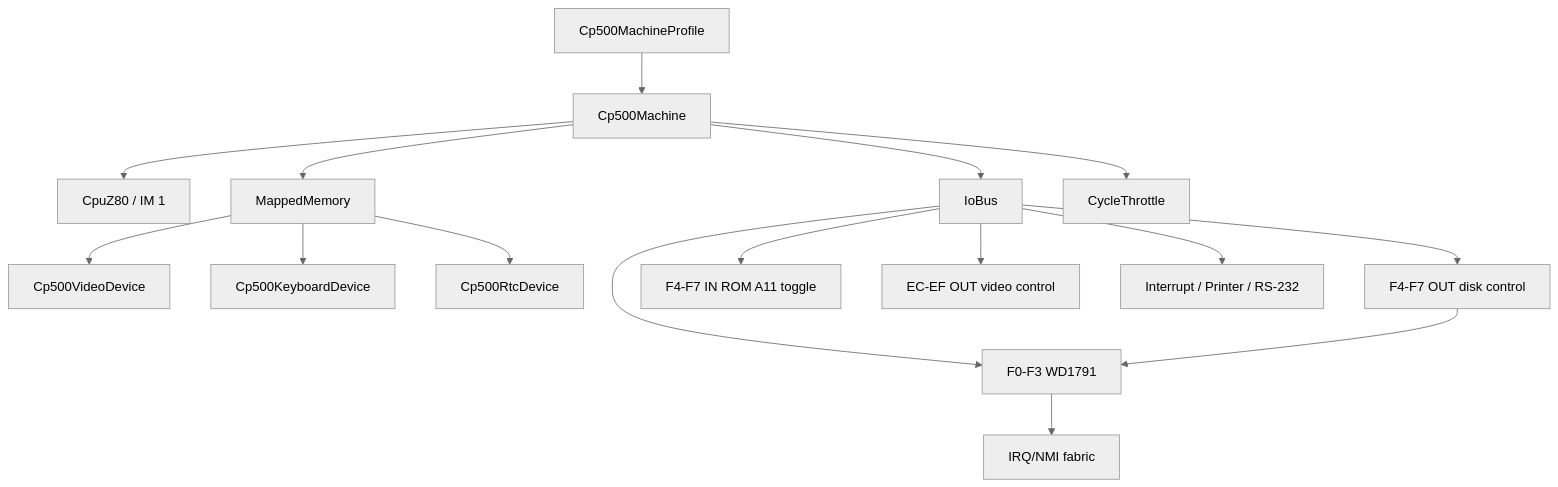
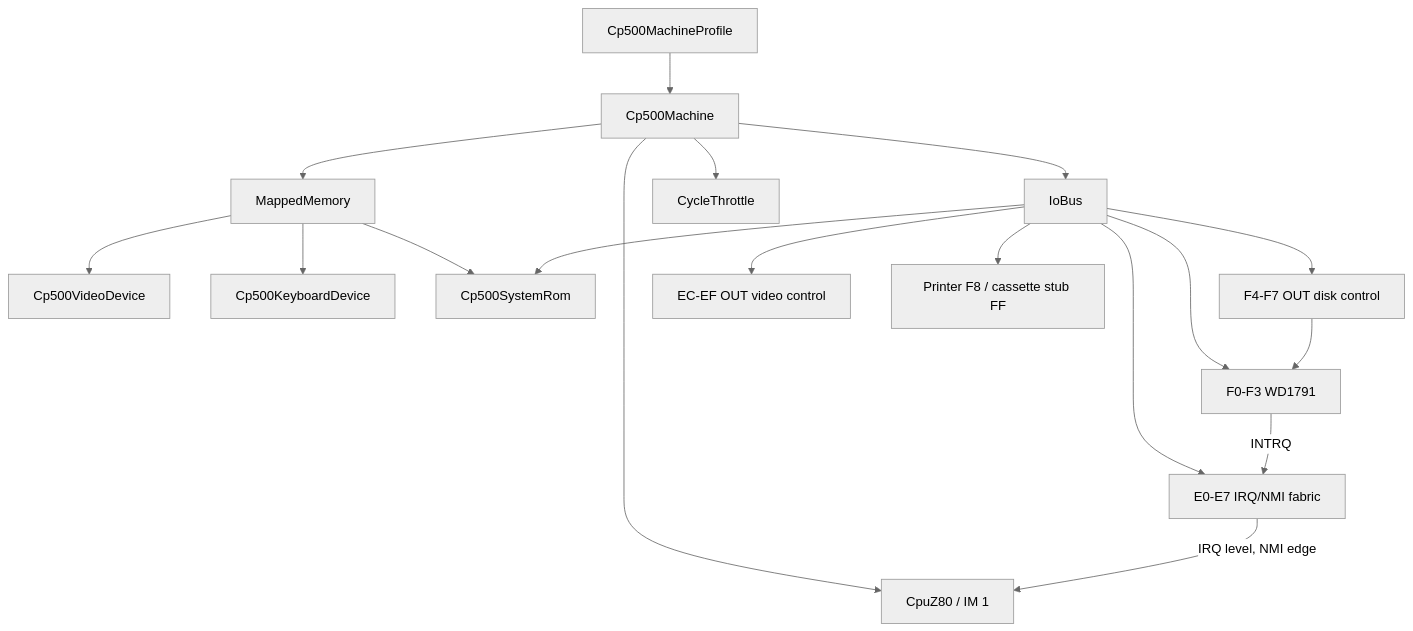
Before and after one commit to fredimachado/heh8080: the diagram in lode/cp500/summary.md, drawn with Mermaid (neutral theme). The commit also changed other lines of this file and 55 other files, not shown here.

````diff
--- a/lode/cp500/summary.md
+++ b/lode/cp500/summary.md
@@ -21,18 +21,20 @@
 ```mermaid
 graph TD
     Profile[Cp500MachineProfile] --> Machine[Cp500Machine]
     Machine --> CPU[CpuZ80 / IM 1]
     Machine --> Memory[MappedMemory]
     Machine --> Bus[IoBus]
     Machine --> Throttle[CycleThrottle]
     Memory --> Video[Cp500VideoDevice]
     Memory --> Keyboard[Cp500KeyboardDevice]
-    Memory --> RTC[Cp500RtcDevice]
+    Memory --> Rom[Cp500SystemRom]
+    Bus --> Interrupts[E0-E7 IRQ/NMI fabric]
     Bus --> FDC[F0-F3 WD1791]
     Bus --> DiskControl[F4-F7 OUT disk control]
-    Bus --> Rom[F4-F7 IN ROM A11 toggle]
+    Bus --> Rom
     Bus --> VideoPort[EC-EF OUT video control]
-    FDC --> Interrupts[IRQ/NMI fabric]
+    FDC -->|INTRQ| Interrupts
     DiskControl --> FDC
-    Bus --> Other[Interrupt / Printer / RS-232]
+    Interrupts -->|IRQ level, NMI edge| CPU
+    Bus --> Other[Printer F8 / cassette stub FF]
 ```
````
